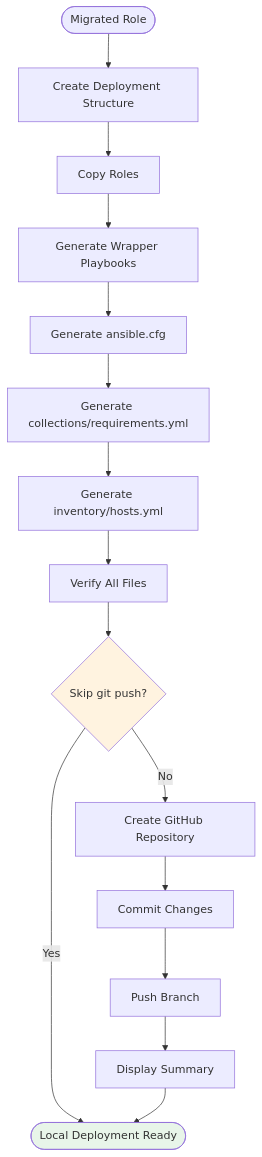
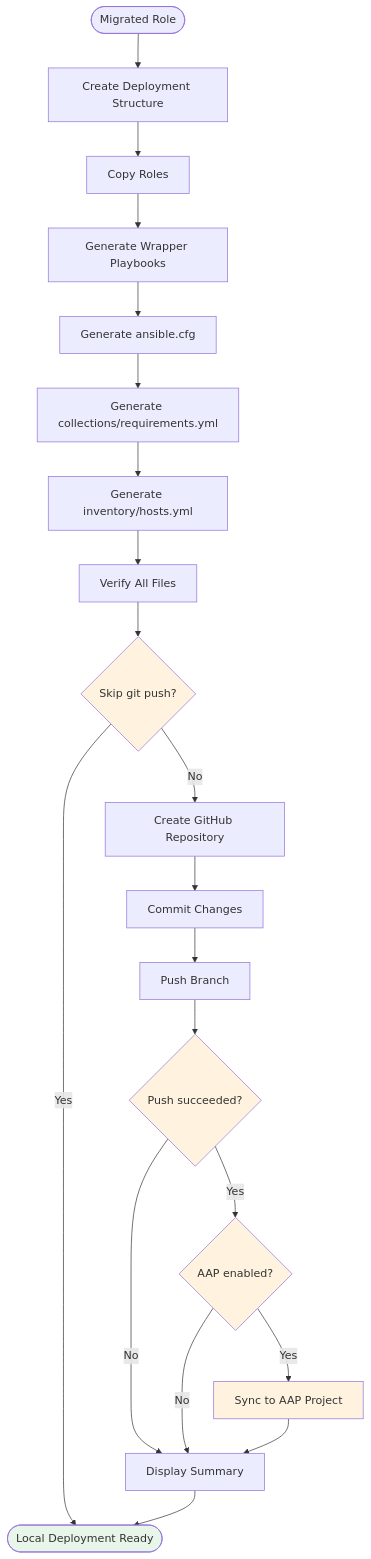
One commit to x2ansible/x2a-convertor changed the sixth of 7 diagrams in docs/concepts/workflow.md. Above: the diagram before and after it, drawn with Mermaid. The commit also changed other lines of this file and 4 other files, not shown here.

````diff
--- a/docs/concepts/workflow.md
+++ b/docs/concepts/workflow.md
@@ -332,21 +331,29 @@
 ```mermaid
 flowchart TB
     Start([Migrated Role]) --> Create[Create Deployment Structure]
     Create --> Copy[Copy Roles]
     Copy --> GenPlaybook[Generate Wrapper Playbooks]
     GenPlaybook --> GenCfg[Generate ansible.cfg]
     GenCfg --> GenColl[Generate collections/requirements.yml]
     GenColl --> GenInv[Generate inventory/hosts.yml]
     GenInv --> Verify[Verify All Files]
     Verify --> Git{Skip git push?}
 
     Git -->|Yes| Done([Local Deployment Ready])
     Git -->|No| CreateRepo[Create GitHub Repository]
     CreateRepo --> Commit[Commit Changes]
     Commit --> Push[Push Branch]
-    Push --> Summary[Display Summary]
+    Push --> PushOK{Push succeeded?}
+    PushOK -->|No| Summary[Display Summary]
+    PushOK -->|Yes| AAP{AAP enabled?}
+    AAP -->|No| Summary
+    AAP -->|Yes| SyncAAP[Sync to AAP Project]
+    SyncAAP --> Summary
     Summary --> Done
 
     style Git fill:#fff3e0
+    style PushOK fill:#fff3e0
+    style AAP fill:#fff3e0
+    style SyncAAP fill:#fff3e0
     style Done fill:#e8f5e9
 ```
````
